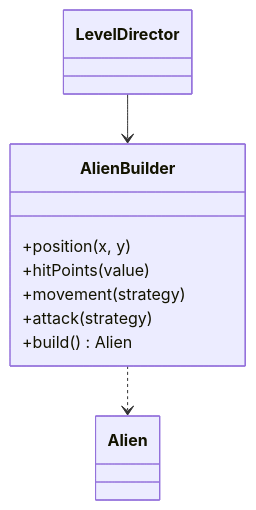
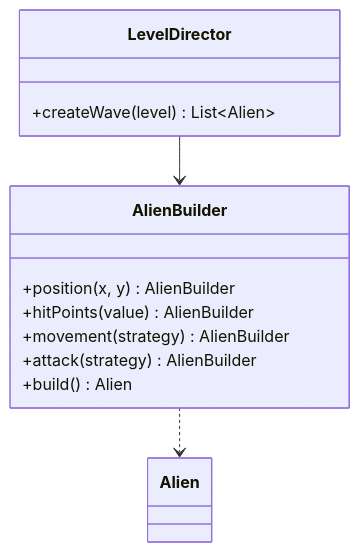
One commit to L3v1smpr/GameProject changed the fourth of 4 diagrams in REPORTE_PROYECTO.md. Above: the diagram before and after it, drawn with Mermaid. The commit also changed other lines of this file and 2 other files, not shown here.

````diff
--- a/REPORTE_PROYECTO.md
+++ b/REPORTE_PROYECTO.md
@@ -172,14 +277,16 @@
 ```mermaid
 classDiagram
-    class LevelDirector
+    class LevelDirector {
+        +createWave(level) List~Alien~
+    }
     class AlienBuilder {
-        +position(x, y)
-        +hitPoints(value)
-        +movement(strategy)
-        +attack(strategy)
+        +position(x, y) AlienBuilder
+        +hitPoints(value) AlienBuilder
+        +movement(strategy) AlienBuilder
+        +attack(strategy) AlienBuilder
         +build() Alien
     }
     class Alien
     LevelDirector --> AlienBuilder
     AlienBuilder ..> Alien
 ```
````
